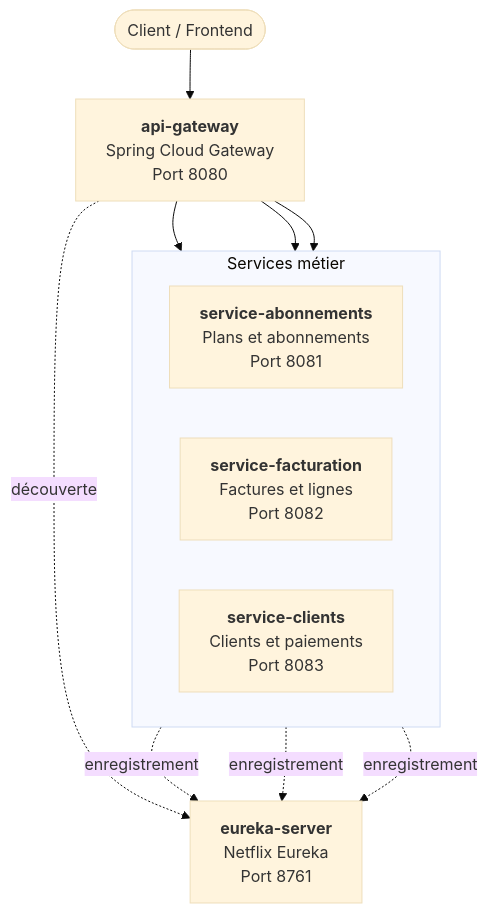
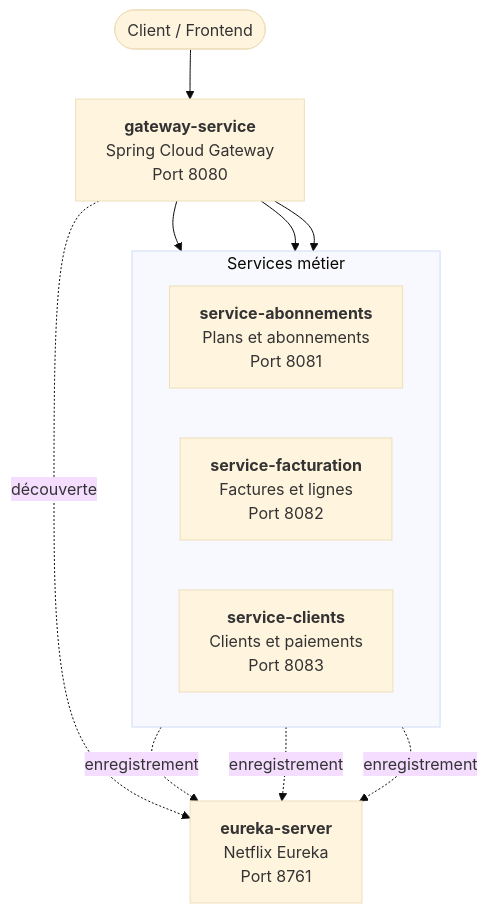
The second of 2 diagrams in README.md (othman-gr3/bill-flex), drawn with Mermaid (base theme) before and after one commit. The commit also changed other lines of this file and 18 other files, not shown here.

````diff
--- a/README.md
+++ b/README.md
@@ -129,24 +129,24 @@
 ```mermaid
 flowchart TB
     U([Client / Frontend])
 
-    GW["<b>api-gateway</b><br/>Spring Cloud Gateway<br/>Port 8080"]
+    GW["<b>gateway-service</b><br/>Spring Cloud Gateway<br/>Port 8080"]
     EU["<b>eureka-server</b><br/>Netflix Eureka<br/>Port 8761"]
 
     subgraph MS [Services métier]
         direction LR
         SA["<b>service-abonnements</b><br/>Plans et abonnements<br/>Port 8081"]
         SF["<b>service-facturation</b><br/>Factures et lignes<br/>Port 8082"]
         SC["<b>service-clients</b><br/>Clients et paiements<br/>Port 8083"]
     end
 
     U --> GW
     GW --> SA
     GW --> SF
     GW --> SC
 
     SA -. enregistrement .-> EU
     SF -. enregistrement .-> EU
     SC -. enregistrement .-> EU
     GW -. découverte .-> EU
 ```
````
